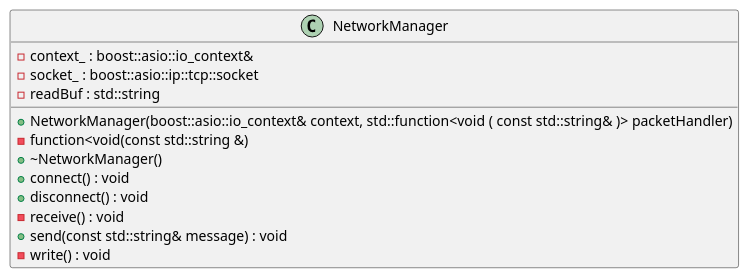
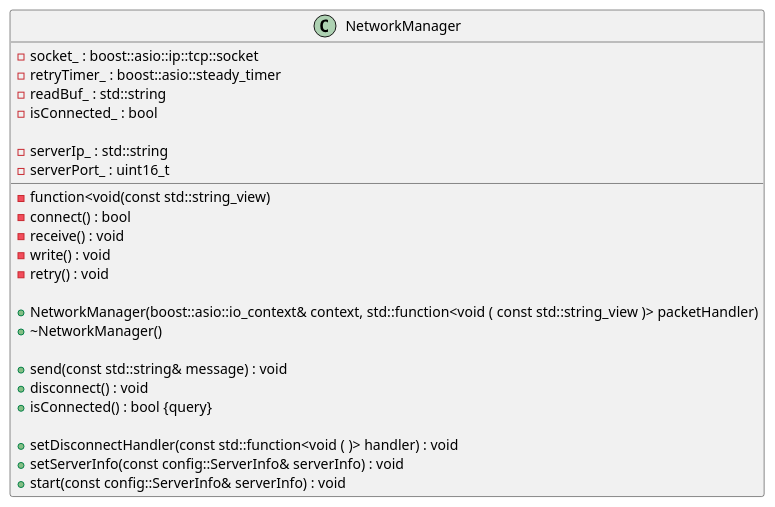
The diagram in doc/uml/class/client/NetworkManagerClass.plantuml (ulb-info2-group5/Royal-Blocks), drawn with PlantUML before and after one commit. The commit also changed 74 other files, not shown here.

```diff
--- a/doc/uml/class/client/NetworkManagerClass.plantuml
+++ b/doc/uml/class/client/NetworkManagerClass.plantuml
@@ -1,38 +1,56 @@
 @startuml NetworkManagerClass
-
+skinparam linetype ortho
 
 
 
 
 /' Objects '/
 
 class NetworkManager {
-	+NetworkManager(boost::asio::io_context& context, std::function<void ( const std::string& )> packetHandler)
-	-function<void(const std::string &)
+	' -context_ : boost::asio::io_context&
+	-socket_ : boost::asio::ip::tcp::socket
+	-retryTimer_ : boost::asio::steady_timer
+	-readBuf_ : std::string
+	-isConnected_ : bool
+
+	-serverIp_ : std::string
+	-serverPort_ : uint16_t
+	
+	-function<void(const std::string_view)
+	-connect() : bool
+	-receive() : void
+	-write() : void
+	-retry() : void
+
+	+NetworkManager(boost::asio::io_context& context, std::function<void ( const std::string_view )> packetHandler)
 	+~NetworkManager()
-	-context_ : boost::asio::io_context&
-	-socket_ : boost::asio::ip::tcp::socket
-	-readBuf : std::string
-	+connect() : void
+
+	+send(const std::string& message) : void
 	+disconnect() : void
-	-receive() : void
-	+send(const std::string& message) : void
-	-write() : void
+	+isConnected() : bool {query}
+
+	+setDisconnectHandler(const std::function<void ( )> handler) : void
+	+setServerInfo(const config::ServerInfo& serverInfo) : void
+	+start(const config::ServerInfo& serverInfo) : void
 }
+
+
+
+
 
 /' Inheritance relationships '/
 
 
 
 
 /' Aggregation relationships '/
 
 
 
 
 
 /' Nested objects '/
 
 
 
 @enduml
```
